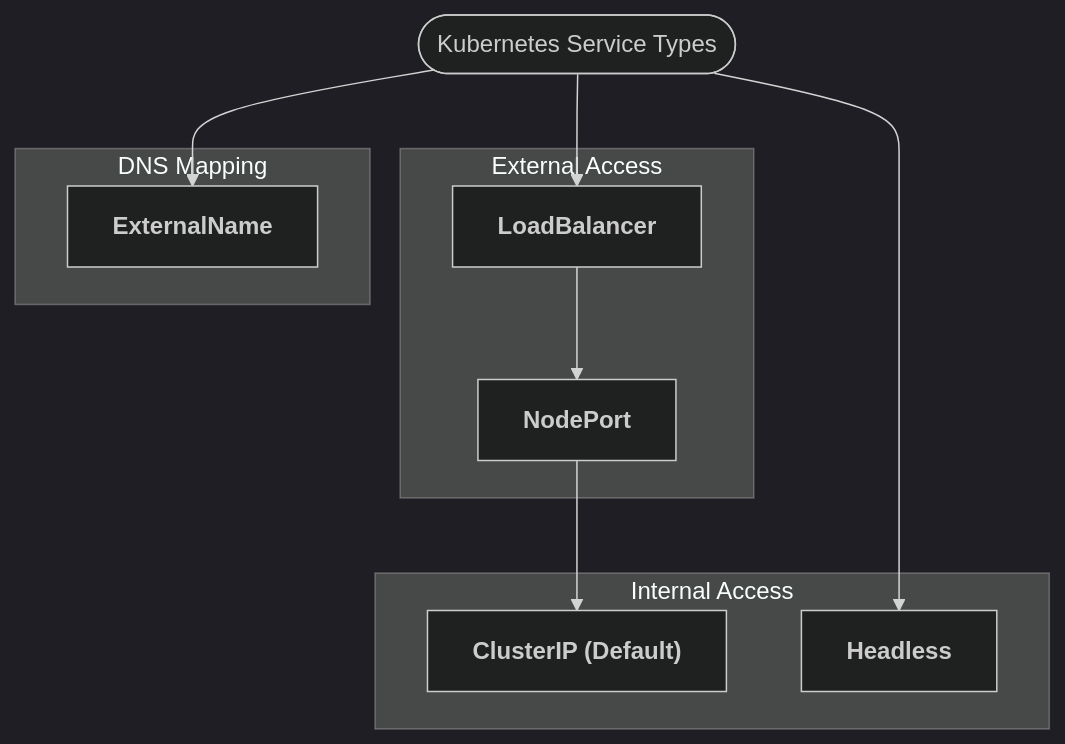
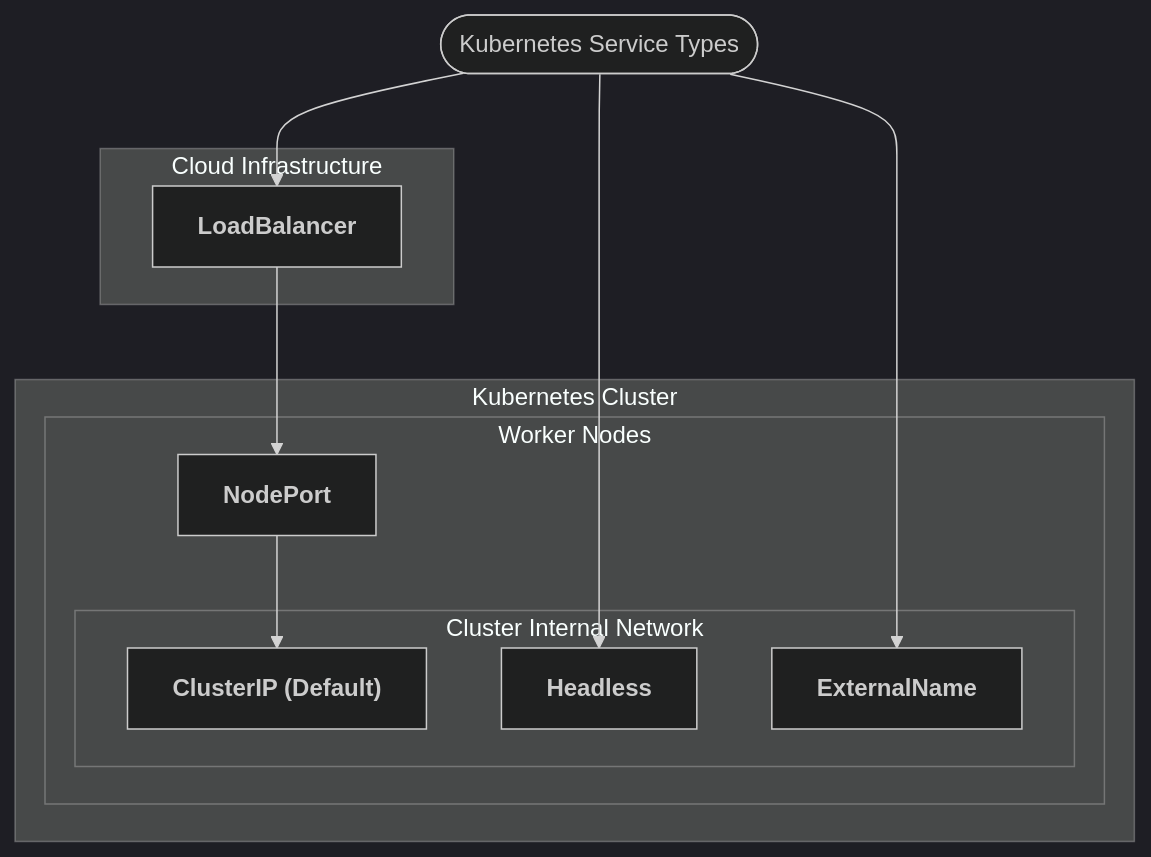
Before and after one commit to Aravind-devops-1/devops_ganesh: the third of 9 diagrams in 04-networking/04.01-Networking_Intro.md, drawn with Mermaid (dark theme).

````diff
--- a/04-networking/04.01-Networking_Intro.md
+++ b/04-networking/04.01-Networking_Intro.md
@@ -92,28 +93,30 @@
 ```mermaid
 flowchart TD
     S([Kubernetes Service Types])
 
-    subgraph ExternalAccess [External Access]
+    subgraph CloudProvider [Cloud Infrastructure]
         L["<b>LoadBalancer</b>"]
-        N["<b>NodePort</b>"]
     end
 
-    subgraph InternalAccess [Internal Access]
-        C["<b>ClusterIP (Default)</b>"]
-        H["<b>Headless</b>"]
+    subgraph ClusterScope [Kubernetes Cluster]
+        
+        subgraph WorkerNodes [Worker Nodes]
+            N["<b>NodePort</b>"]
+            
+            subgraph InternalNetwork [Cluster Internal Network]
+                C["<b>ClusterIP (Default)</b>"]
+                H["<b>Headless</b>"]
+                E["<b>ExternalName</b>"]
+            end
+        end
     end
 
-    subgraph DNSRedirect [DNS Mapping]
-        E["<b>ExternalName</b>"]
-    end
-
-    %% Hierarchical Logic
+    %% Logic Flow
     S --> L
     L --> N
     N --> C
     
     %% Special Cases
     S --> H
     S --> E
-
 ```
````
